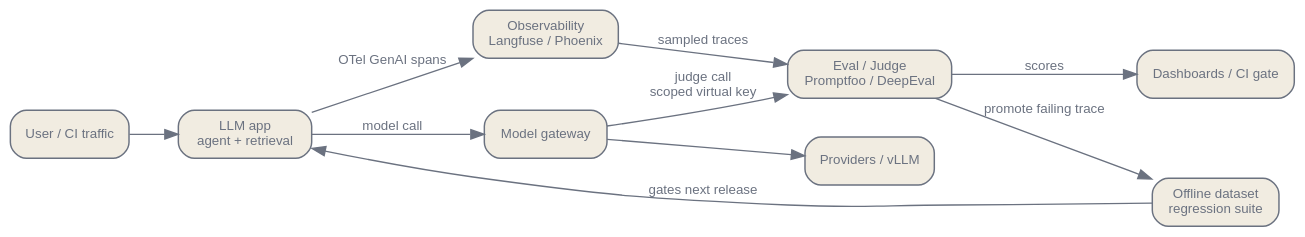
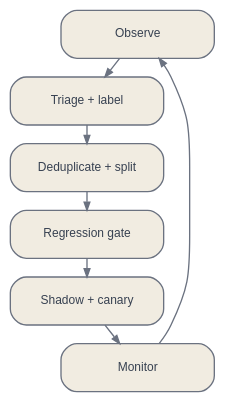
One commit to latere-ai/ai-as-an-infrastructure changed the second of 3 diagrams in en/practice/07-evaluation-and-observability.qmd. Above: the diagram before and after it, drawn with Graphviz. The commit also changed other lines of this file and 4 other files, not shown here.

Commit message:
docs: rewrite evaluation and observability practice

````diff
--- a/en/practice/07-evaluation-and-observability.qmd
+++ b/en/practice/07-evaluation-and-observability.qmd
@@ -62,28 +269,22 @@
 ```{dot}
 //| label: fig-eval-loop
-//| fig-cap: "The continuous-evaluation loop. Production traces are observed, sampled spans are scored by judges and assertions, failures are curated into a regression dataset, and that dataset gates the next release. Every component calls the model gateway rather than providers directly."
+//| fig-cap: "The operating loop separates observation from triage and labeling before a production case can enter a regression suite. Releases move through staged traffic and return to monitoring."
 digraph {
   bgcolor="transparent";
-  rankdir=LR;
-  nodesep=0.4; ranksep=0.5;
-  node [shape=box, style="rounded,filled", fontname="Helvetica", fontsize=10, color="#6b7280", fontcolor="#6b7280", fillcolor="#f1ece1", penwidth=1.1];
-  edge [fontsize=10, fontname="Helvetica", color="#6b7280", fontcolor="#6b7280"];
-  user [label="User / CI traffic"];
-  app [label="LLM app\nagent + retrieval"];
-  obs [label="Observability\nLangfuse / Phoenix"];
-  gw [label="Model gateway"];
-  providers [label="Providers / vLLM"];
-  eval [label="Eval / Judge\nPromptfoo / DeepEval"];
-  gate [label="Dashboards / CI gate"];
-  ds [label="Offline dataset\nregression suite"];
-  user -> app;
-  app -> obs [label="OTel GenAI spans"];
-  app -> gw [label="model call"];
-  gw -> providers;
-  obs -> eval [label="sampled traces"];
-  gw -> eval [label="judge call\nscoped virtual key"];
-  eval -> gate [label="scores"];
-  eval -> ds [label="promote failing trace"];
-  ds -> app [label="gates next release"];
+  rankdir=TB;
+  nodesep=0.16;
+  ranksep=0.2;
+  node [shape=box, style="rounded,filled", fontname="Helvetica", fontsize=9,
+        color="#6b7280", fontcolor="#374151", fillcolor="#f1ece1",
+        margin="0.12,0.08", width=1.6];
+  edge [color="#6b7280", arrowsize=0.62];
+  observe [label="Observe"];
+  triage [label="Triage + label"];
+  suite [label="Deduplicate + split"];
+  gate [label="Regression gate"];
+  stage [label="Shadow + canary"];
+  monitor [label="Monitor"];
+  observe -> triage -> suite -> gate -> stage -> monitor;
+  monitor -> observe;
 }
 ```
````
